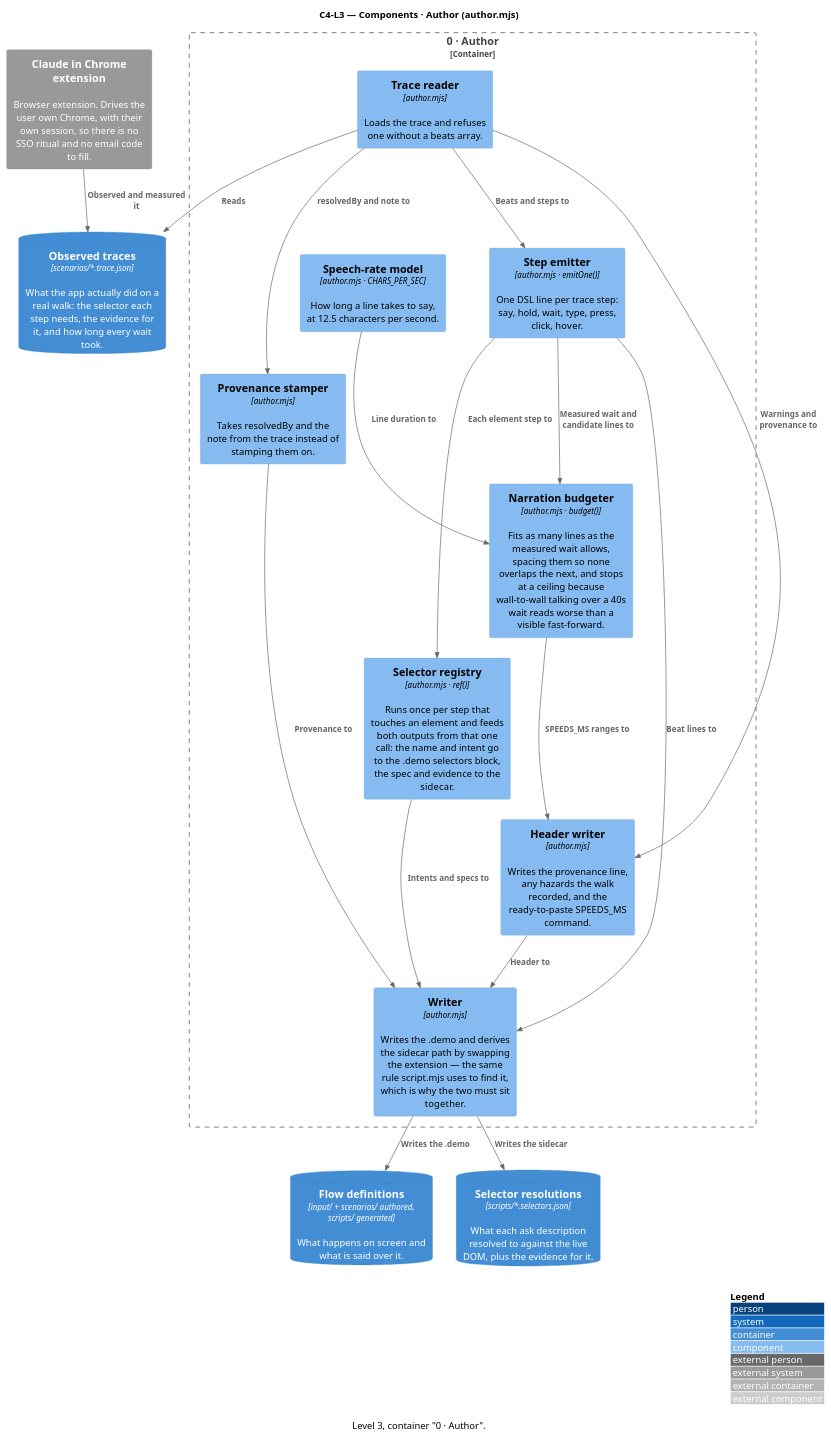
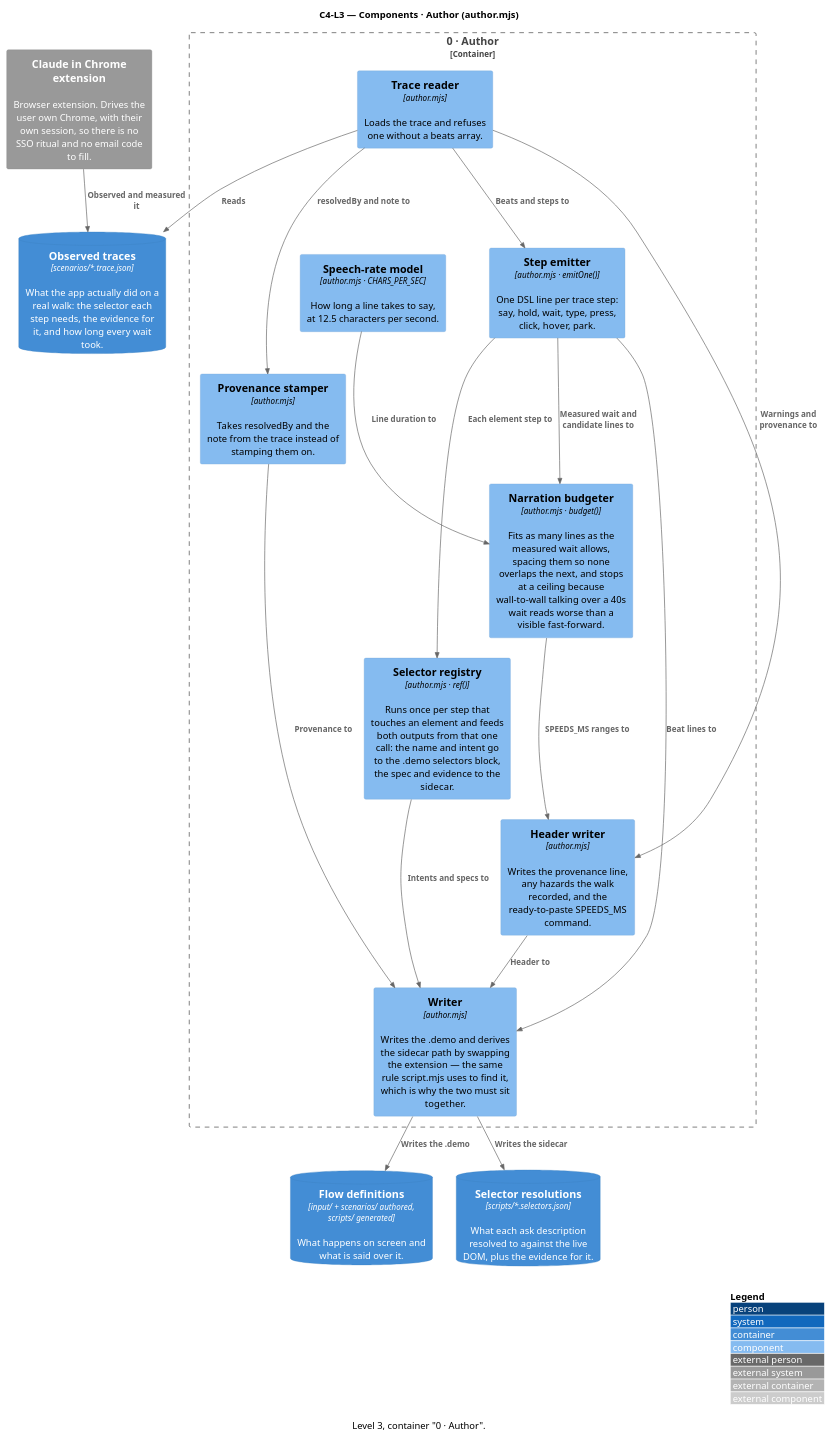
The diagram in docs/c4-l3-author.puml (ssunduko/product-video), drawn with PlantUML before and after one commit. The commit also changed 13 other files, not shown here.

```diff
--- a/docs/c4-l3-author.puml
+++ b/docs/c4-l3-author.puml
@@ -1,43 +1,43 @@
 @startuml c4-l3-author
 ' Generated by docs/c4-model.mjs — do not edit; edit the model and re-run.
 !include <C4/C4_Component>
 ' No bundled C4 stdlib? Replace the line above with:
 ' !include https://raw.githubusercontent.com/plantuml-stdlib/C4-PlantUML/master/C4_Component.puml
 
 title C4-L3 — Components · Author (author.mjs)
 caption Level 3, container "0 · Author".
 
 ContainerDb(observed_traces, "Observed traces", "scenarios/*.trace.json", "What the app actually did on a real walk: the selector each step needs, the evidence for it, and how long every wait took.")
 ContainerDb(flow_definitions, "Flow definitions", "input/ + scenarios/ authored, scripts/ generated", "What happens on screen and what is said over it.")
 ContainerDb(selector_resolutions, "Selector resolutions", "scripts/*.selectors.json", "What each ask description resolved to against the live DOM, plus the evidence for it.")
 System_Ext(claude_in_chrome_extension, "Claude in Chrome extension", "Browser extension. Drives the user own Chrome, with their own session, so there is no SSO ritual and no email code to fill.")
 
 Container_Boundary(author_2, "0 · Author") {
   Component(trace_reader, "Trace reader", "author.mjs", "Loads the trace and refuses one without a beats array.")
   Component(speech_rate_model, "Speech-rate model", "author.mjs · CHARS_PER_SEC", "How long a line takes to say, at 12.5 characters per second.")
   Component(narration_budgeter, "Narration budgeter", "author.mjs · budget()", "Fits as many lines as the measured wait allows, spacing them so none overlaps the next, and stops at a ceiling because wall-to-wall talking over a 40s wait reads worse than a visible fast-forward.")
   Component(selector_registry, "Selector registry", "author.mjs · ref()", "Runs once per step that touches an element and feeds both outputs from that one call: the name and intent go to the .demo selectors block, the spec and evidence to the sidecar.")
-  Component(step_emitter, "Step emitter", "author.mjs · emitOne()", "One DSL line per trace step: say, hold, wait, type, press, click, hover.")
+  Component(step_emitter, "Step emitter", "author.mjs · emitOne()", "One DSL line per trace step: say, hold, wait, type, press, click, hover, park.")
   Component(header_writer, "Header writer", "author.mjs", "Writes the provenance line, any hazards the walk recorded, and the ready-to-paste SPEEDS_MS command.")
   Component(provenance_stamper, "Provenance stamper", "author.mjs", "Takes resolvedBy and the note from the trace instead of stamping them on.")
   Component(writer, "Writer", "author.mjs", "Writes the .demo and derives the sidecar path by swapping the extension — the same rule script.mjs uses to find it, which is why the two must sit together.")
 }
 
 Rel(claude_in_chrome_extension, observed_traces, "Observed and measured it")
 Rel(trace_reader, observed_traces, "Reads")
 Rel(trace_reader, step_emitter, "Beats and steps to")
 Rel(trace_reader, header_writer, "Warnings and provenance to")
 Rel(trace_reader, provenance_stamper, "resolvedBy and note to")
 Rel(speech_rate_model, narration_budgeter, "Line duration to")
 Rel(step_emitter, narration_budgeter, "Measured wait and candidate lines to")
 Rel(narration_budgeter, header_writer, "SPEEDS_MS ranges to")
 Rel(step_emitter, selector_registry, "Each element step to")
 Rel(selector_registry, writer, "Intents and specs to")
 Rel(step_emitter, writer, "Beat lines to")
 Rel(header_writer, writer, "Header to")
 Rel(provenance_stamper, writer, "Provenance to")
 Rel(writer, flow_definitions, "Writes the .demo")
 Rel(writer, selector_resolutions, "Writes the sidecar")
 
 LAYOUT_WITH_LEGEND()
 @enduml
```
